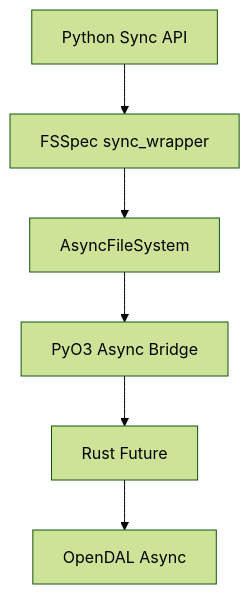
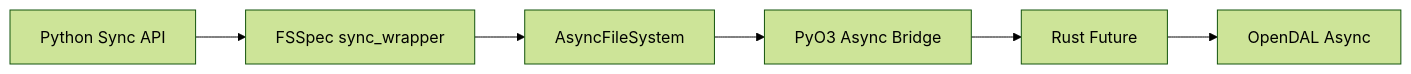
One commit to fsspec/opendalfs changed the second of 2 diagrams in CONTRIBUTING.md. Above: the diagram before and after it, drawn with Mermaid (forest theme). The commit also changed other lines of this file and 8 other files, not shown here.

````diff
--- a/CONTRIBUTING.md
+++ b/CONTRIBUTING.md
@@ -30,8 +122,8 @@
 ```mermaid
-graph TD;
+graph LR;
     Python[Python Sync API] --> FSSpec[FSSpec sync_wrapper];
     FSSpec --> AsyncFS[AsyncFileSystem];
     AsyncFS --> PyO3[PyO3 Async Bridge];
     PyO3 --> RustFut[Rust Future];
     RustFut --> OpenDAL[OpenDAL Async];
 ```
````
